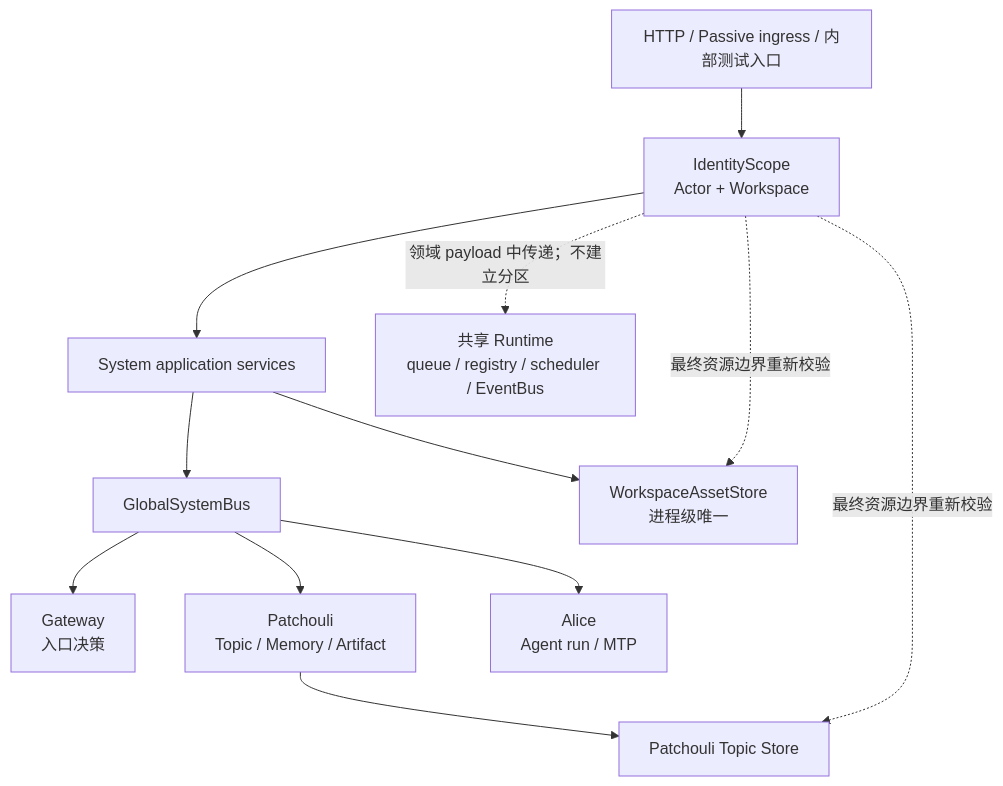
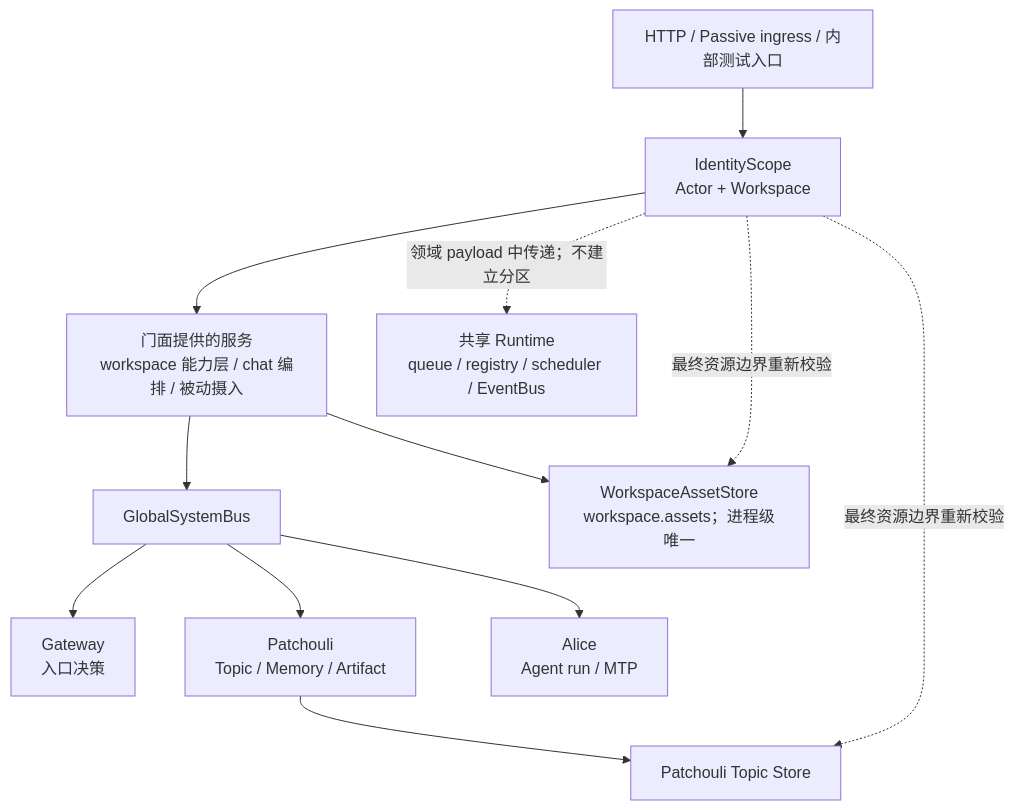
The diagram in docs/architecture/workspace.md (artemis03976/HiveMemory), drawn with Mermaid before and after one commit. The commit also changed other lines of this file and 508 other files, not shown here.

````diff
--- a/docs/architecture/workspace.md
+++ b/docs/architecture/workspace.md
@@ -80,23 +81,23 @@
 ```mermaid
 flowchart TB
     IN["HTTP / Passive ingress / 内部测试入口"]
     SCOPE["IdentityScope\nActor + Workspace"]
-    APP["System application services"]
+    APP["门面提供的服务\nworkspace 能力层 / chat 编排 / 被动摄入"]
     BUS["GlobalSystemBus"]
     GW["Gateway\n入口决策"]
     PA["Patchouli\nTopic / Memory / Artifact"]
     AL["Alice\nAgent run / MTP"]
     TOPIC["Patchouli Topic Store"]
-    ASSET["WorkspaceAssetStore\n进程级唯一"]
+    ASSET["WorkspaceAssetStore\nworkspace.assets；进程级唯一"]
     SHARED["共享 Runtime\nqueue / registry / scheduler / EventBus"]
 
     IN --> SCOPE --> APP --> BUS
     BUS --> GW
     BUS --> PA
     BUS --> AL
     PA --> TOPIC
     APP --> ASSET
     SCOPE -. "最终资源边界重新校验" .-> TOPIC
     SCOPE -. "最终资源边界重新校验" .-> ASSET
     SCOPE -. "领域 payload 中传递；不建立分区" .-> SHARED
 ```
````
